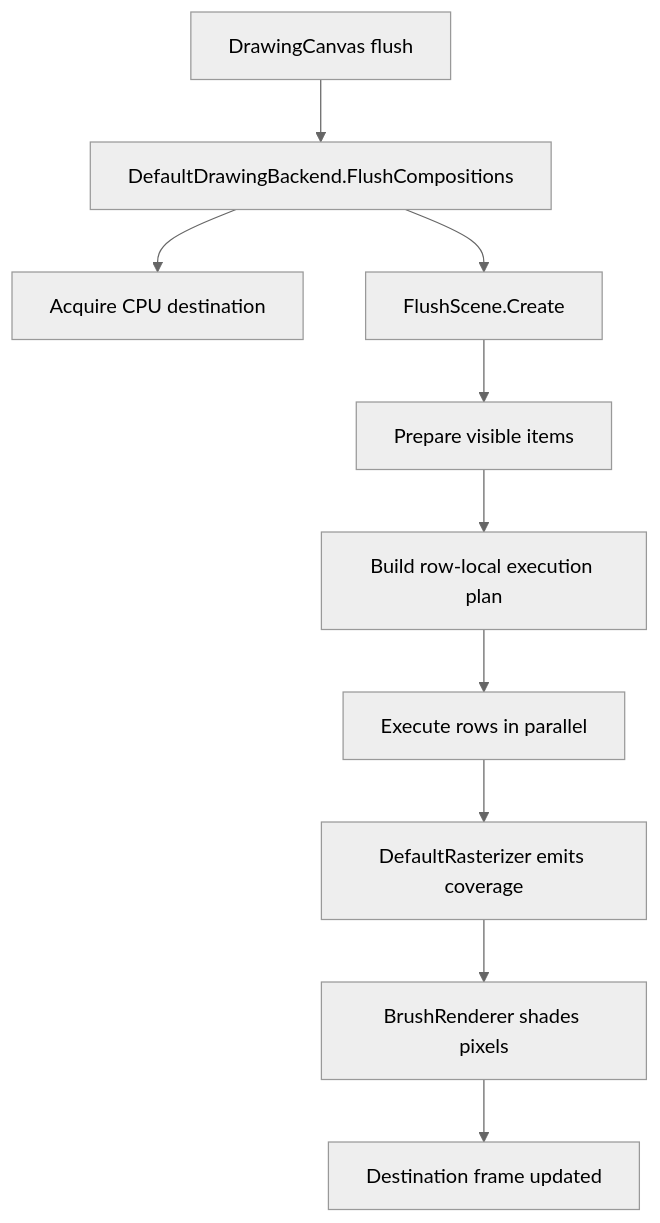
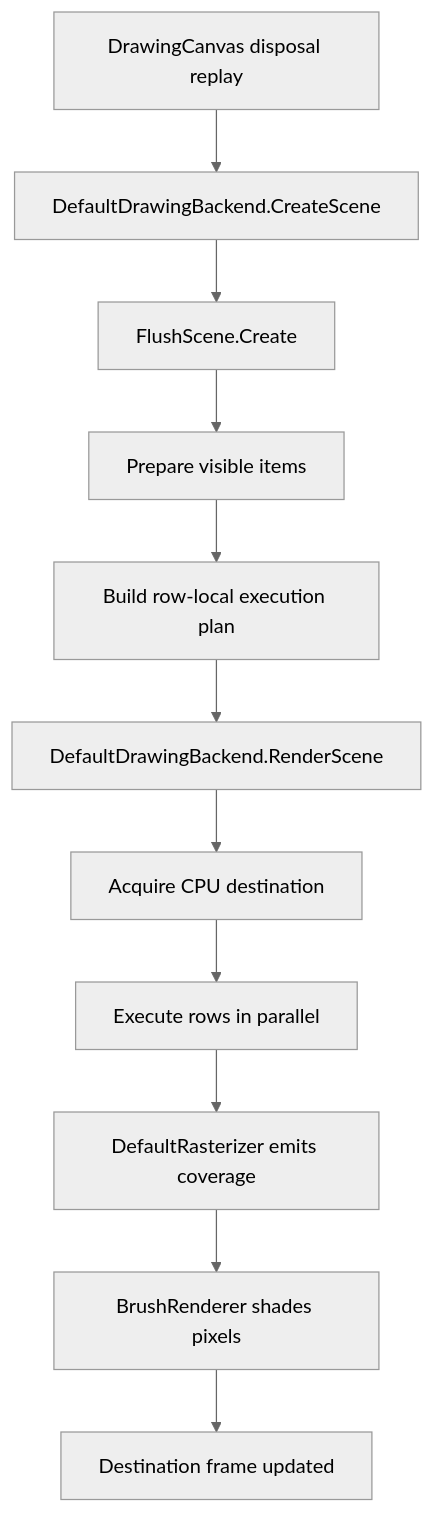
One commit to SixLabors/ImageSharp.Drawing changed the first of 4 diagrams in src/ImageSharp.Drawing/Processing/Backends/DEFAULT_DRAWING_BACKEND.md. Above: the diagram before and after it, drawn with Mermaid (neutral theme). The commit also changed other lines of this file and 34 other files, not shown here.

Commit message:
Refactor drawing backend API and WebGPU helpers

````diff
--- a/src/ImageSharp.Drawing/Processing/Backends/DEFAULT_DRAWING_BACKEND.md
+++ b/src/ImageSharp.Drawing/Processing/Backends/DEFAULT_DRAWING_BACKEND.md
@@ -146,12 +146,13 @@
 ```mermaid
 flowchart TD
-    A[DrawingCanvas flush] --> B[DefaultDrawingBackend.FlushCompositions]
-    B --> C[Acquire CPU destination]
-    B --> D[FlushScene.Create]
-    D --> E[Prepare visible items]
-    E --> F[Build row-local execution plan]
-    F --> G[Execute rows in parallel]
-    G --> H[DefaultRasterizer emits coverage]
-    H --> I[BrushRenderer shades pixels]
-    I --> J[Destination frame updated]
+    A[DrawingCanvas disposal replay] --> B[DefaultDrawingBackend.CreateScene]
+    B --> C[FlushScene.Create]
+    C --> D[Prepare visible items]
+    D --> E[Build row-local execution plan]
+    E --> F[DefaultDrawingBackend.RenderScene]
+    F --> G[Acquire CPU destination]
+    G --> H[Execute rows in parallel]
+    H --> I[DefaultRasterizer emits coverage]
+    I --> J[BrushRenderer shades pixels]
+    J --> K[Destination frame updated]
 ```
````
